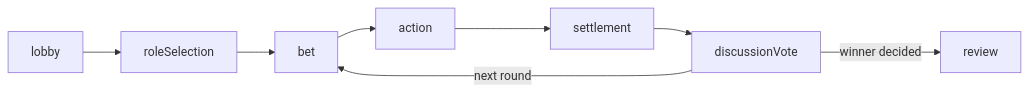
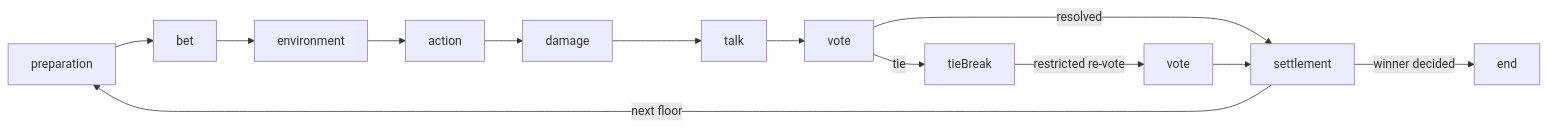
Before and after one commit to sadofriod/deskgame: the second of 3 diagrams in docs/flows/room-flow.md, drawn with Mermaid. The commit also changed other lines of this file and 25 other files, not shown here.

Commit message:
new flow doc

````diff
--- a/docs/flows/room-flow.md
+++ b/docs/flows/room-flow.md
@@ -26,10 +33,15 @@
 ```mermaid
 flowchart LR
-  L[lobby] --> RS[roleSelection]
-  RS --> B[bet]
-  B --> A[action]
-  A --> S[settlement]
-  S --> DV[discussionVote]
-  DV -->|next round| B
-  DV -->|winner decided| R[review]
+  P[preparation] --> B[bet]
+  B --> E[environment]
+  E --> A[action]
+  A --> D[damage]
+  D --> T[talk]
+  T --> V[vote]
+  V -->|tie| TB[tieBreak]
+  TB -->|restricted re-vote| V2[vote]
+  V -->|resolved| S[settlement]
+  V2 --> S
+  S -->|next floor| P
+  S -->|winner decided| X[end]
 ```
````
